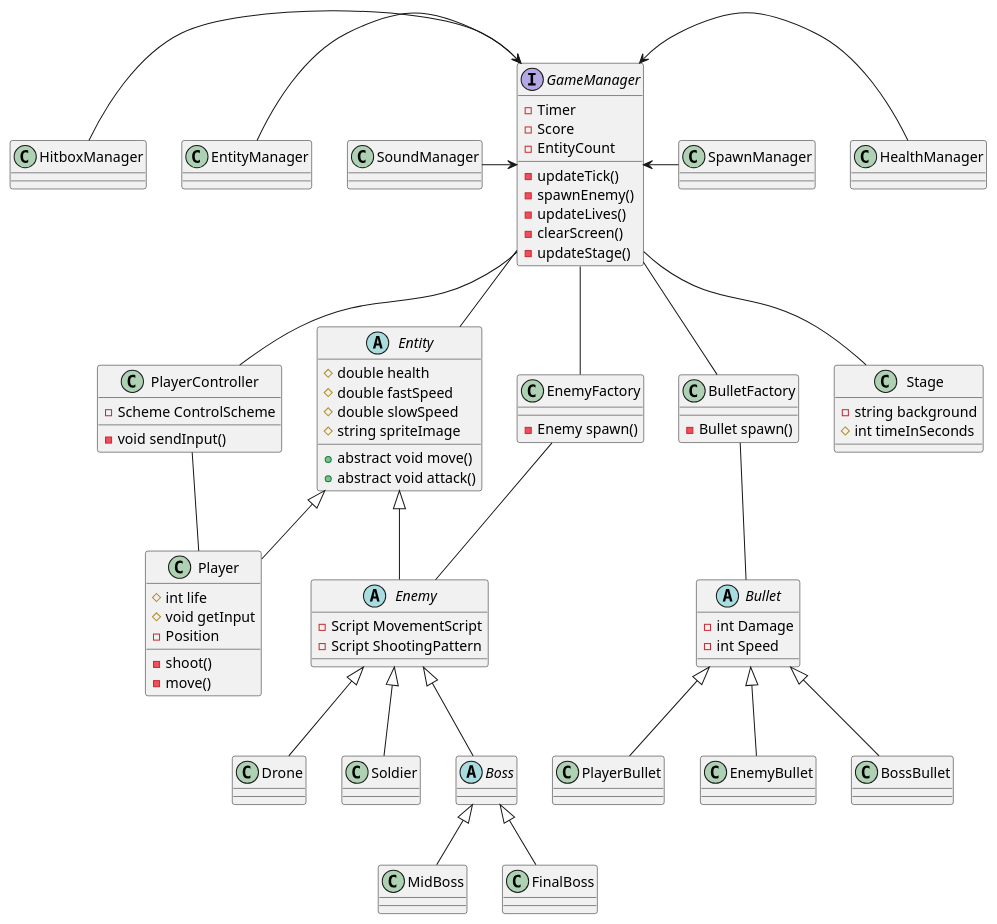
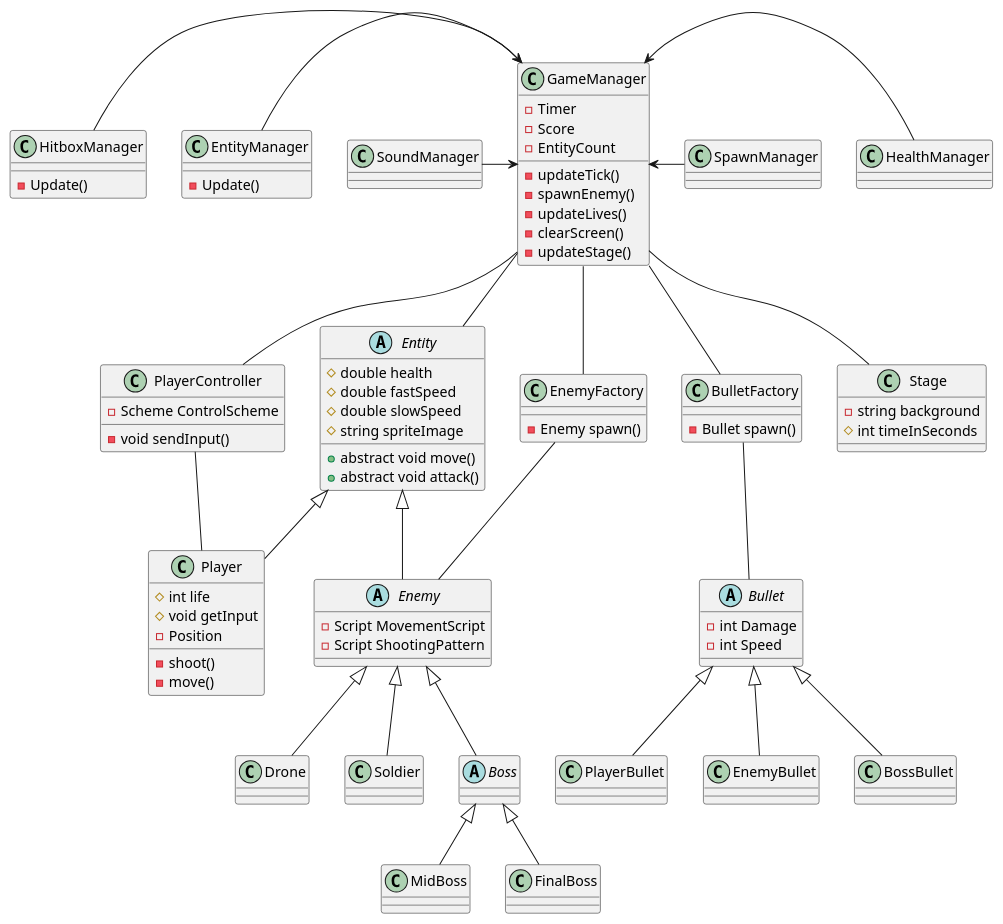
The diagram in Diagrams and Documents/MS1-UML-Class Diagram.puml (CalebLee99/FloridaFunTime), drawn with PlantUML before and after one commit. The commit also changed 5 other files, not shown here.

Commit message:
Added Controller that inherits from GameManager

```diff
--- a/Diagrams and Documents/MS1-UML-Class Diagram.puml
+++ b/Diagrams and Documents/MS1-UML-Class Diagram.puml
@@ -1,108 +1,110 @@
 @startuml
 /'
 Private   :  -
 Protected :  #
 public    :  + 
 '/
 abstract Entity
 Entity : #double health
 Entity : #double fastSpeed 
 Entity : #double slowSpeed 
 Entity : #string spriteImage
 
 Entity : +abstract void move()
 Entity : +abstract void attack()
 
 '--- God Class ---'
-interface GameManager
+class GameManager
 GameManager -- PlayerController
 GameManager -- Entity
 GameManager -- BulletFactory
 GameManager -- Stage
 GameManager : -Timer
 GameManager : -Score
 GameManager : -EntityCount
 GameManager : -updateTick()
 GameManager -- EnemyFactory
 GameManager : -spawnEnemy()
 GameManager : -updateLives()
 GameManager : -clearScreen()
 GameManager : -updateStage()
 
 class HitboxManager
 HitboxManager -> GameManager
+HitboxManager : -Update()
 class EntityManager
 EntityManager -> GameManager
+EntityManager : -Update()
 class SoundManager
 SoundManager -> GameManager
 class HealthManager
 GameManager <- HealthManager
 class SpawnManager
 GameManager <- SpawnManager
 
 
 '--- Player Stuff ---'
 class Player 
 Entity <|-- Player 
 Player : #int life
 Player : #void getInput
 Player : -Position
 Player : -shoot()
 Player : -move()
 
 
 
 class PlayerController
 PlayerController -- Player
 PlayerController : -Scheme ControlScheme 
 PlayerController : -void sendInput()
 '--- Enemy Stuff ---'
 abstract Enemy
 Entity <|-- Enemy
 Enemy : -Script MovementScript
 Enemy : -Script ShootingPattern
 
 class Drone
 Enemy <|-- Drone
 
 class Soldier
 Enemy <|-- Soldier
 
 abstract Boss
 Enemy <|-- Boss
 
 class MidBoss
 Boss <|-- MidBoss
 
 class FinalBoss
 Boss <|-- FinalBoss
 
 '--- Bullet Stuff ---'
 abstract Bullet
 BulletFactory -- Bullet
 Bullet : -int Damage
 Bullet : -int Speed
 
 class PlayerBullet
 Bullet <|-- PlayerBullet
 
 class EnemyBullet
 Bullet <|-- EnemyBullet
 
 class BossBullet
 Bullet <|-- BossBullet
 
 '--- Factory Stuff ---'
 class BulletFactory
 BulletFactory : -Bullet spawn()
 
 class EnemyFactory
 EnemyFactory -- Enemy
 EnemyFactory : -Enemy spawn()
 
 '--- Stage Stuff ---'
 class Stage
 Stage : -string background
 Stage : #int timeInSeconds 
 
 @enduml
```
